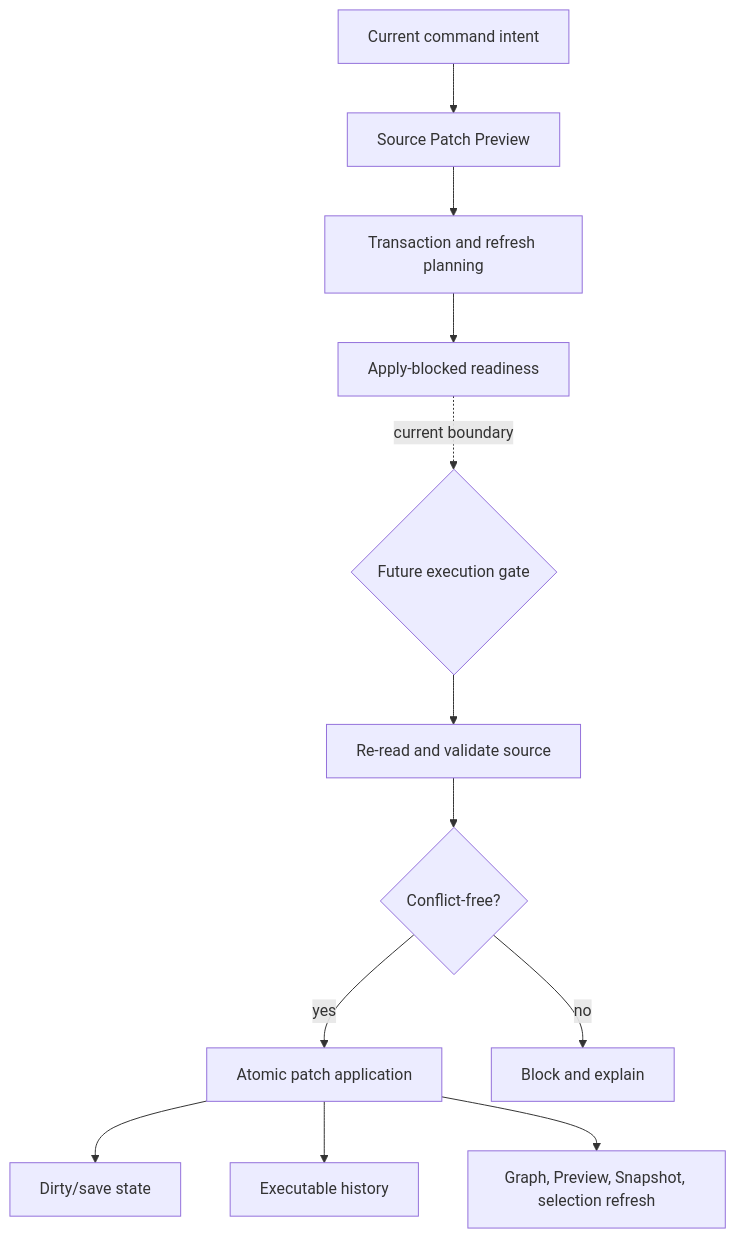
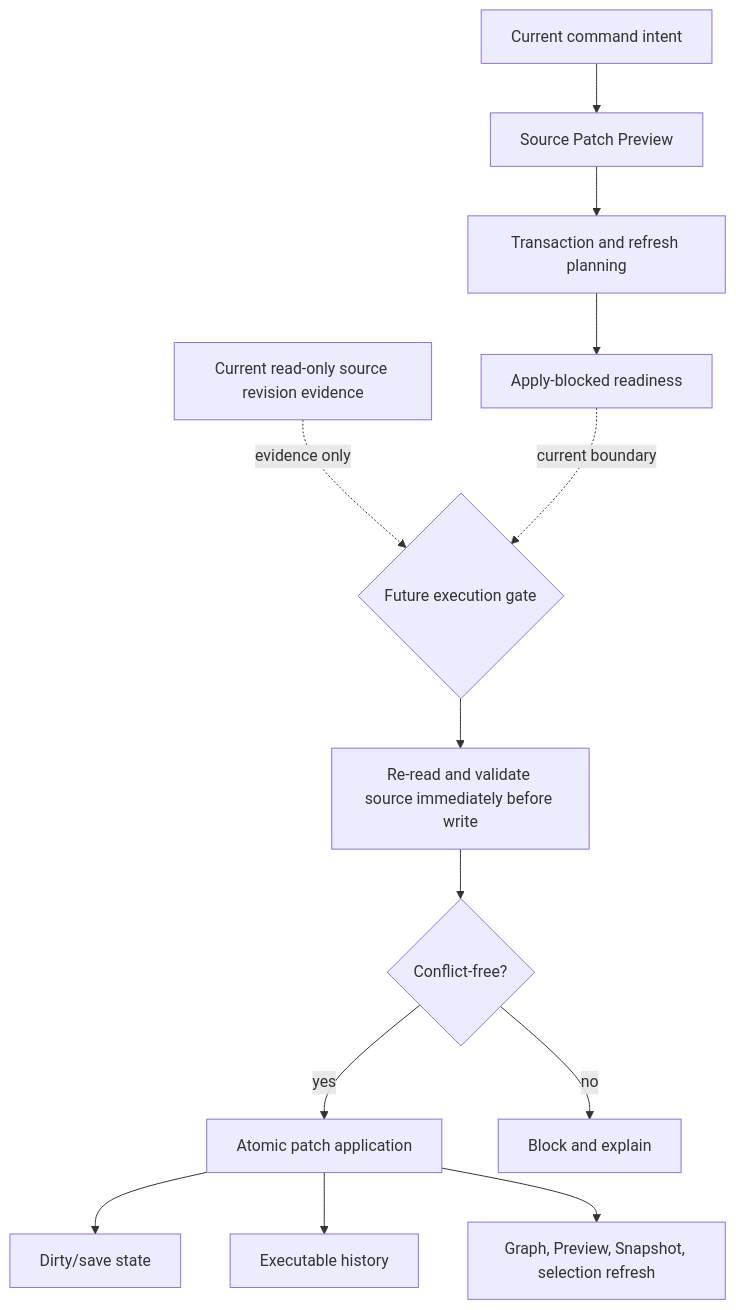
Before and after one commit to krestosa/Crystal: the diagram in docs/architecture/flows/future-write-flow.md, drawn with Mermaid. The commit also changed other lines of this file and 14 other files, not shown here.

````diff
--- a/docs/architecture/flows/future-write-flow.md
+++ b/docs/architecture/flows/future-write-flow.md
@@ -13,14 +15,15 @@
 ```mermaid
 flowchart TD
   Intent[Current command intent] --> Preview[Source Patch Preview]
   Preview --> Plan[Transaction and refresh planning]
   Plan --> Ready[Apply-blocked readiness]
-  Ready -. current boundary .-> Gate{Future execution gate}
-  Gate --> Fresh[Re-read and validate source]
+  Revision[Current read-only source revision evidence] -. evidence only .-> Gate{Future execution gate}
+  Ready -. current boundary .-> Gate
+  Gate --> Fresh[Re-read and validate source immediately before write]
   Fresh --> Conflict{Conflict-free?}
   Conflict -->|yes| Apply[Atomic patch application]
   Apply --> Persist[Dirty/save state]
   Apply --> History[Executable history]
   Apply --> Refresh[Graph, Preview, Snapshot, selection refresh]
   Conflict -->|no| Block[Block and explain]
 ```
````
